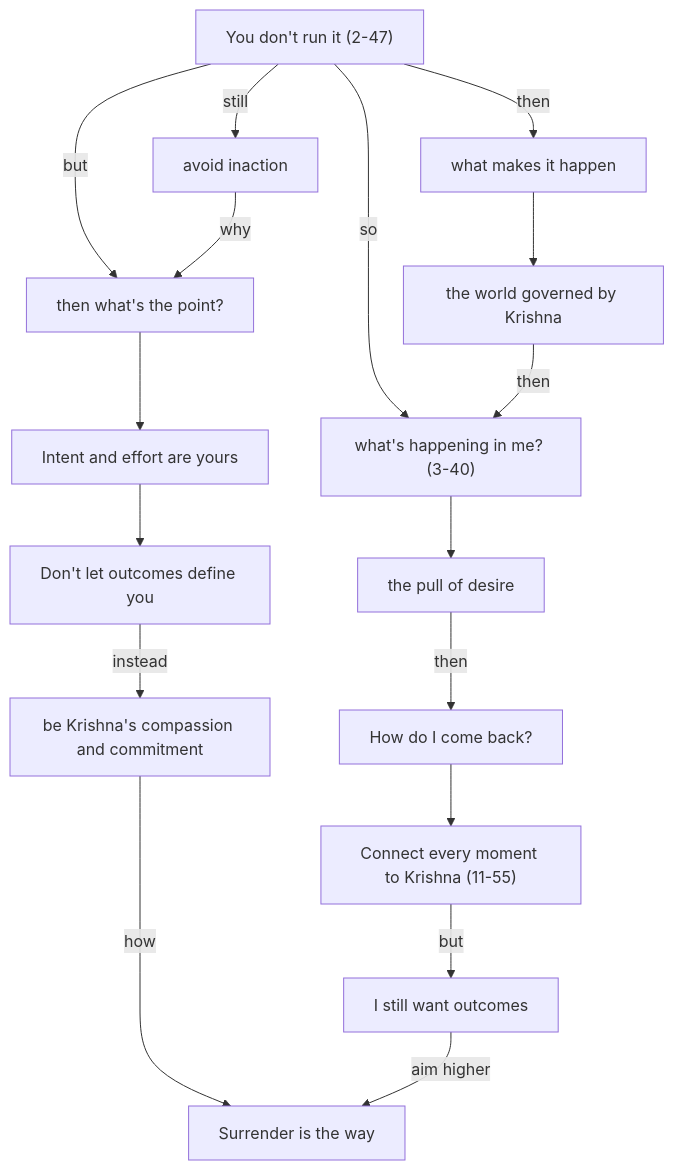
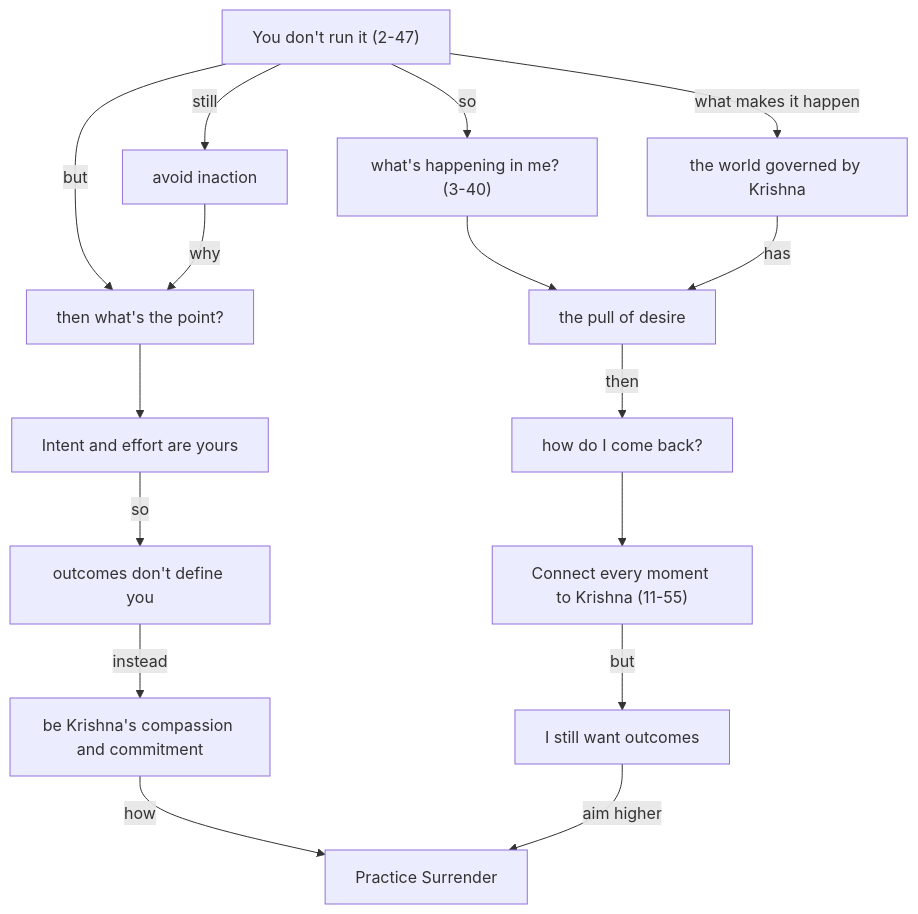
One commit to RaPaLearning/askys changed the diagram in reflections/morning-flow.md. Above: the diagram before and after it, drawn with Mermaid.

Commit message:
tuned morning flow

````diff
--- a/reflections/morning-flow.md
+++ b/reflections/morning-flow.md
@@ -3,23 +3,22 @@
 ```mermaid
 flowchart TD
-    A["You don't run it (2-47)"] -->|then| B["what makes it happen"]
+    A["You don't run it (2-47)"] -->|what makes it happen| E[the world governed by Krishna]
     A -->|so| C["what's happening in me? (3-40)"]
     A -->|but| D[then what's the point?]
 
-    B --> E[the world governed by Krishna]
-    E -->|then| C
     C --> F[the pull of desire]
+    E -->|has| F
 
-    F -->|then| G[How do I come back?]
+    F -->|then| G[how do I come back?]
     G --> H["Connect every moment to Krishna (11-55)"]
     A -->|still| I[avoid inaction]
     I -->|why| D
 
     D --> J[Intent and effort are yours]
-    J --> K[Don't let outcomes define you]
+    J -->|so| K[outcomes don't define you]
     K -->|instead| L[be Krishna's compassion and commitment]
-    L -->|how| M[Surrender is the way]
+    L -->|how| M[Practice Surrender]
 
     H -->|but| N[I still want outcomes]
     N -->|aim higher| M
 ```
````
